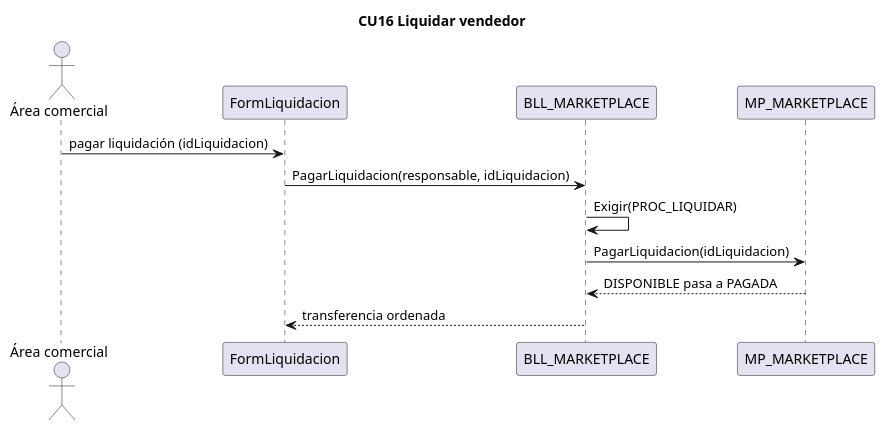
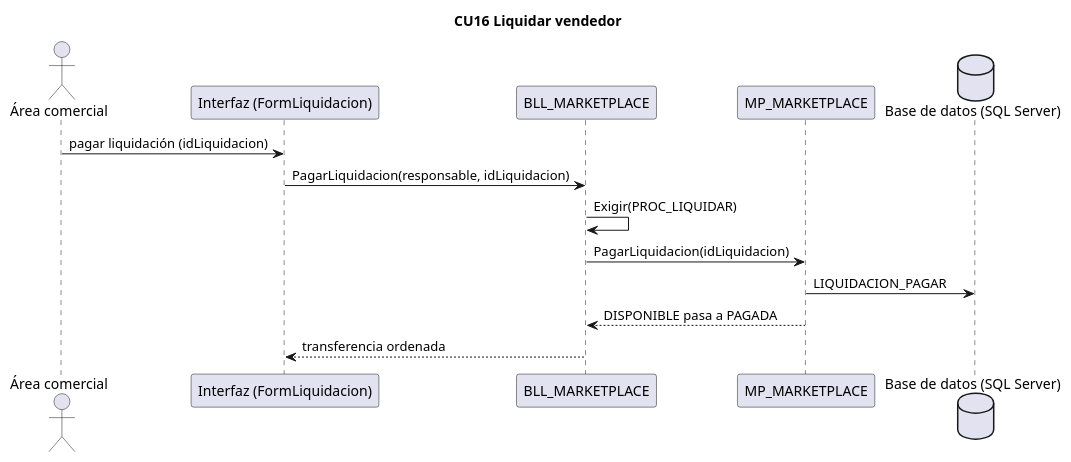
Before and after one commit to L-Muniz/uai-diploma_2026: the diagram in docs/diagramas/secuencias/CU16_liquidar_vendedor.puml, drawn with PlantUML. The commit also changed 36 other files, not shown here.

Commit message:
Docs: secuencias con capa de interfaz y base de datos; imágenes del Word limitadas a la hoja

```diff
--- a/docs/diagramas/secuencias/CU16_liquidar_vendedor.puml
+++ b/docs/diagramas/secuencias/CU16_liquidar_vendedor.puml
@@ -1,13 +1,15 @@
 @startuml CU16
 title CU16 Liquidar vendedor
 actor "Área comercial" as Area
-participant "FormLiquidacion" as IU
+participant "Interfaz (FormLiquidacion)" as IU
 participant "BLL_MARKETPLACE" as BLL
 participant "MP_MARKETPLACE" as DAL
+database "Base de datos (SQL Server)" as BD
 Area -> IU : pagar liquidación (idLiquidacion)
 IU -> BLL : PagarLiquidacion(responsable, idLiquidacion)
 BLL -> BLL : Exigir(PROC_LIQUIDAR)
 BLL -> DAL : PagarLiquidacion(idLiquidacion)
+DAL -> BD : LIQUIDACION_PAGAR
 DAL --> BLL : DISPONIBLE pasa a PAGADA
 BLL --> IU : transferencia ordenada
 @enduml
```
